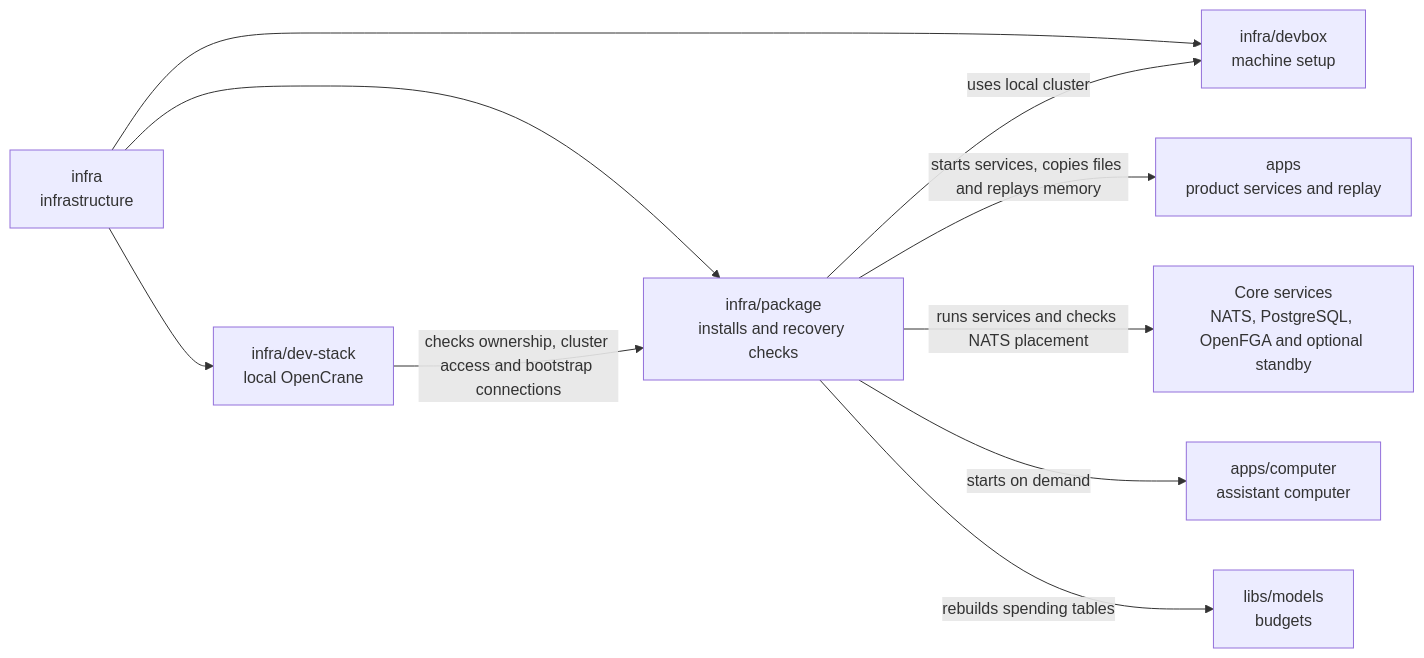
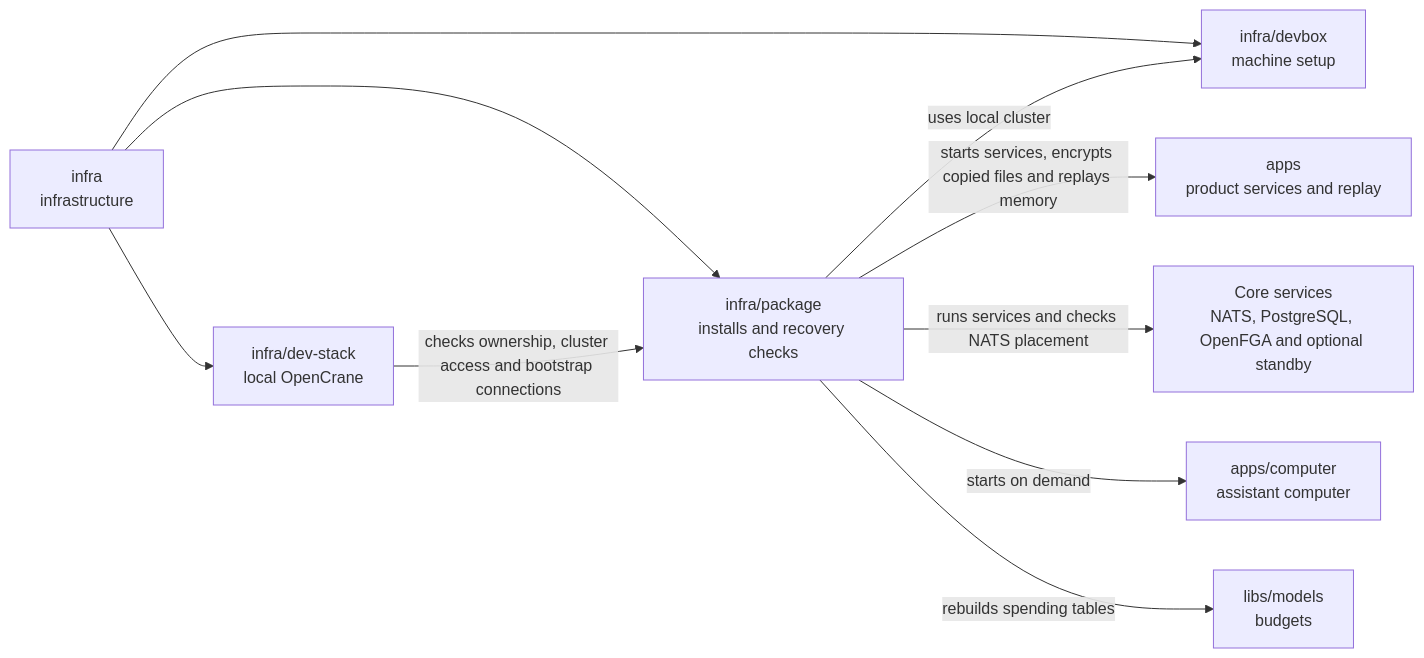
Before and after one commit to elewa-git/opencrane-new: the diagram in infra/package/README.md, drawn with Mermaid. The commit also changed other lines of this file and 8 other files, not shown here.

````diff
--- a/infra/package/README.md
+++ b/infra/package/README.md
@@ -19,12 +19,12 @@
 ```mermaid
 flowchart LR
   infra["infra<br/>infrastructure"] --> package["infra/package<br/>installs and recovery checks"]
   infra --> stack["infra/dev-stack<br/>local OpenCrane"]
   infra --> devbox["infra/devbox<br/>machine setup"]
   stack -->|checks ownership, cluster access and bootstrap connections| package
   package -->|uses local cluster| devbox
-  package -->|starts services, copies files and replays memory| apps["apps<br/>product services and replay"]
+  package -->|starts services, encrypts copied files and replays memory| apps["apps<br/>product services and replay"]
   package -->|runs services and checks NATS placement| services["Core services<br/>NATS, PostgreSQL, OpenFGA and optional standby"]
   package -->|starts on demand| computer["apps/computer<br/>assistant computer"]
   package -->|rebuilds spending tables| models["libs/models<br/>budgets"]
 ```
````
